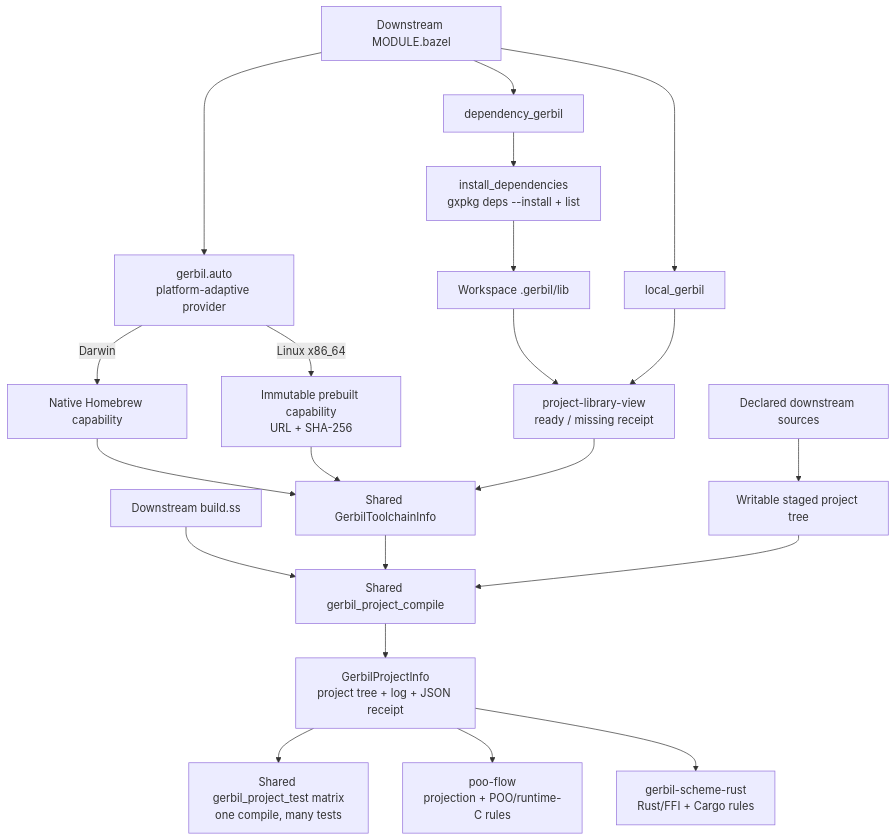
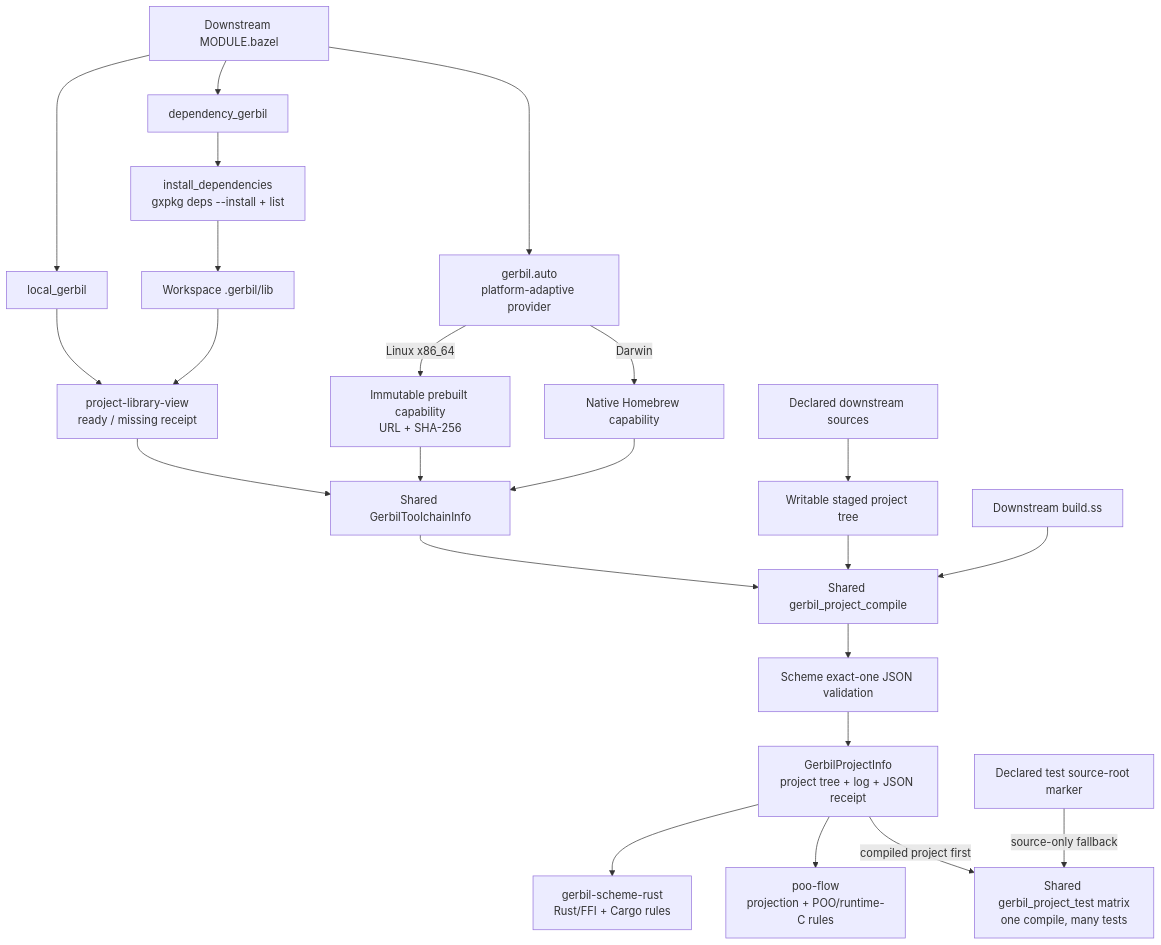
One commit to tao3k/poo-flow changed the diagram in docs/10-19-design/10.06-poo-module-system/155-gerbil-bazel-downstream-convergence.org. Above: the diagram before and after it, drawn with Mermaid. The commit also changed other lines of this file and 5 other files, not shown here.

Commit message:
fix: converge shared Gerbil project tests

```diff
--- a/docs/10-19-design/10.06-poo-module-system/155-gerbil-bazel-downstream-convergence.org
+++ b/docs/10-19-design/10.06-poo-module-system/155-gerbil-bazel-downstream-convergence.org
@@ -30,26 +30,28 @@
 #+begin_src mermaid
 flowchart TB
   MODULE["Downstream MODULE.bazel"] --> AUTO["gerbil.auto<br/>platform-adaptive provider"]
   AUTO -->|"Darwin"| HOST["Native Homebrew capability"]
   AUTO -->|"Linux x86_64"| PREBUILT["Immutable prebuilt capability<br/>URL + SHA-256"]
   HOST --> TC["Shared GerbilToolchainInfo"]
   PREBUILT --> TC
 
   MODULE --> DEP["dependency_gerbil"]
   DEP --> INSTALL["install_dependencies<br/>gxpkg deps --install + list"]
   INSTALL --> LIB["Workspace .gerbil/lib"]
 
   MODULE --> PROJECT["local_gerbil"]
   LIB --> VIEW["project-library-view<br/>ready / missing receipt"]
   PROJECT --> VIEW
   VIEW --> TC
 
   SOURCE["Declared downstream sources"] --> STAGE["Writable staged project tree"]
   BUILDSS["Downstream build.ss"] --> ACTION["Shared gerbil_project_compile"]
   TC --> ACTION
   STAGE --> ACTION
-  ACTION --> INFO["GerbilProjectInfo<br/>project tree + log + JSON receipt"]
-  INFO --> TEST["Shared gerbil_project_test matrix<br/>one compile, many tests"]
+  ACTION --> JSONVAL["Scheme exact-one JSON validation"]
+  JSONVAL --> INFO["GerbilProjectInfo<br/>project tree + log + JSON receipt"]
+  INFO -->|"compiled project first"| TEST["Shared gerbil_project_test matrix<br/>one compile, many tests"]
+  TESTROOT["Declared test source-root marker"] -->|"source-only fallback"| TEST
   INFO --> PF["poo-flow<br/>projection + POO/runtime-C rules"]
   INFO --> SR["gerbil-scheme-rust<br/>Rust/FFI + Cargo rules"]
 #+end_src
```
